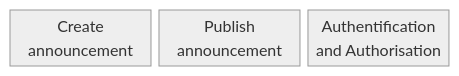
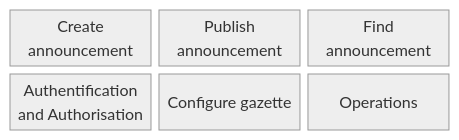
The diagram in README.md (epublication/data-model), drawn with Mermaid before and after one commit. The commit also changed other lines of this file, not shown here.

````diff
--- a/README.md
+++ b/README.md
@@ -6,18 +6,21 @@
 ```mermaid
 
 %%{
   init: {
     'theme': 'neutral'
   }
 }%%
 
 block
 columns 6
 create["Create
 announcement"]:2
 publish["Publish
 announcement"]:2
+find["Find
+announcement"]:2
 authentification_authorisation["Authentification
 and Authorisation"]:2
-
+configure["Configure gazette"]:2
+operate["Operations"]:2
 ```
````
